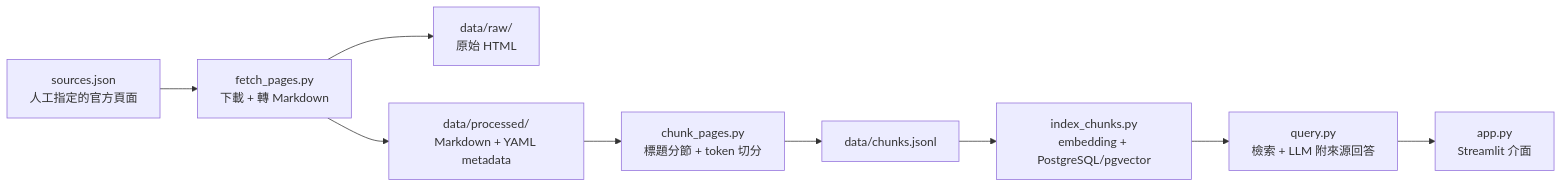
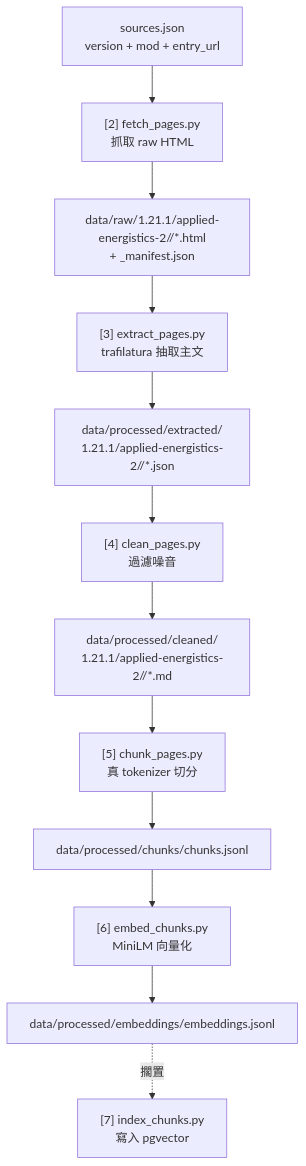
One commit to Star-Meow/Minecraft_RAG changed the diagram in README.md. Above: the diagram before and after it, drawn with Mermaid. The commit also changed other lines of this file and 39 other files, not shown here.

````diff
--- a/README.md
+++ b/README.md
@@ -19,11 +17,14 @@
 ```mermaid
-flowchart LR
-    A["sources.json<br>人工指定的官方頁面"] --> B["fetch_pages.py<br>下載 + 轉 Markdown"]
-    B --> C["data/raw/<br>原始 HTML"]
-    B --> D["data/processed/<br>Markdown + YAML metadata"]
-    D --> E["chunk_pages.py<br>標題分節 + token 切分"]
-    E --> F["data/chunks.jsonl"]
-    F --> G["index_chunks.py<br>embedding + PostgreSQL/pgvector"]
-    G --> H["query.py<br>檢索 + LLM 附來源回答"]
-    H --> I["app.py<br>Streamlit 介面"]
+flowchart TD
+    S["sources.json<br>version + mod + entry_url"] --> F["[2] fetch_pages.py<br>抓取 raw HTML"]
+    F --> RAW["data/raw/1.21.1/applied-energistics-2/<chapter>/*.html<br>+ _manifest.json"]
+    RAW --> E["[3] extract_pages.py<br>trafilatura 抽取主文"]
+    E --> EXT["data/processed/extracted/<br>1.21.1/applied-energistics-2/<chapter>/*.json"]
+    EXT --> C["[4] clean_pages.py<br>過濾噪音"]
+    C --> CLN["data/processed/cleaned/<br>1.21.1/applied-energistics-2/<chapter>/*.md"]
+    CLN --> K["[5] chunk_pages.py<br>真 tokenizer 切分"]
+    K --> CHK["data/processed/chunks/chunks.jsonl"]
+    CHK --> M["[6] embed_chunks.py<br>MiniLM 向量化"]
+    M --> EMB["data/processed/embeddings/embeddings.jsonl"]
+    EMB -.擱置.-> I["[7] index_chunks.py<br>寫入 pgvector"]
 ```
````
